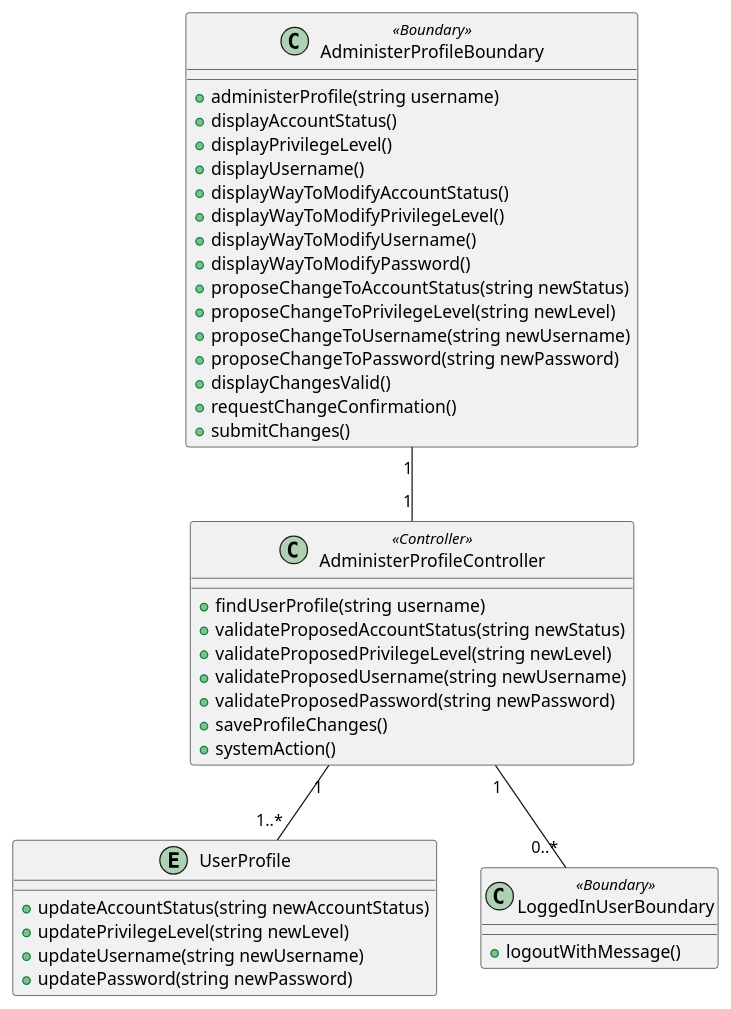
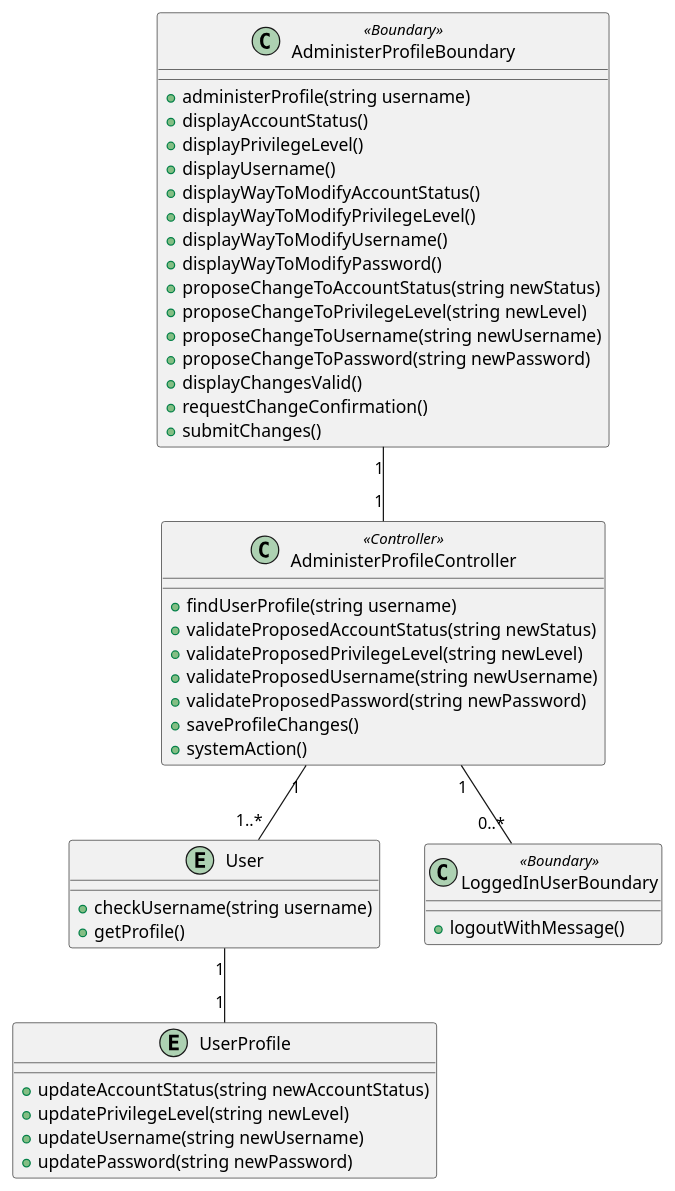
One commit to Lorilandly/ESN changed the diagram in docs/ooa/administer-user-profile/vopc.puml. Above: the diagram before and after it, drawn with PlantUML. The commit also changed 1 other file, not shown here.

Commit message:
Updated diagrams to include User entity

```diff
--- a/docs/ooa/administer-user-profile/vopc.puml
+++ b/docs/ooa/administer-user-profile/vopc.puml
@@ -1,46 +1,52 @@
 @startuml
 
 class AdministerProfileBoundary <<Boundary>> {
     + administerProfile(string username)
     + displayAccountStatus()
     + displayPrivilegeLevel()
     + displayUsername()
     + displayWayToModifyAccountStatus()
     + displayWayToModifyPrivilegeLevel()
     + displayWayToModifyUsername()
     + displayWayToModifyPassword()
     + proposeChangeToAccountStatus(string newStatus)
     + proposeChangeToPrivilegeLevel(string newLevel)
     + proposeChangeToUsername(string newUsername)
     + proposeChangeToPassword(string newPassword)
     + displayChangesValid()
     + requestChangeConfirmation()
     + submitChanges()
 }
 
 class AdministerProfileController <<Controller>> {
     + findUserProfile(string username)
     + validateProposedAccountStatus(string newStatus)
     + validateProposedPrivilegeLevel(string newLevel)
     + validateProposedUsername(string newUsername)
     + validateProposedPassword(string newPassword)
     + saveProfileChanges()
     + systemAction()
 }
 
+entity User {
+    + checkUsername(string username)
+    + getProfile()
+}
+
 entity UserProfile {
     + updateAccountStatus(string newAccountStatus)
     + updatePrivilegeLevel(string newLevel)
     + updateUsername(string newUsername)
     + updatePassword(string newPassword)
 }
 
 class LoggedInUserBoundary <<Boundary>> {
     + logoutWithMessage()
 }
 
 AdministerProfileBoundary "1" -- "1" AdministerProfileController
-AdministerProfileController "1" -- "1..*" UserProfile
+AdministerProfileController "1" -- "1..*" User
+User "1" -- "1" UserProfile
 AdministerProfileController "1" -- "0..*" LoggedInUserBoundary
 
 @enduml
```
